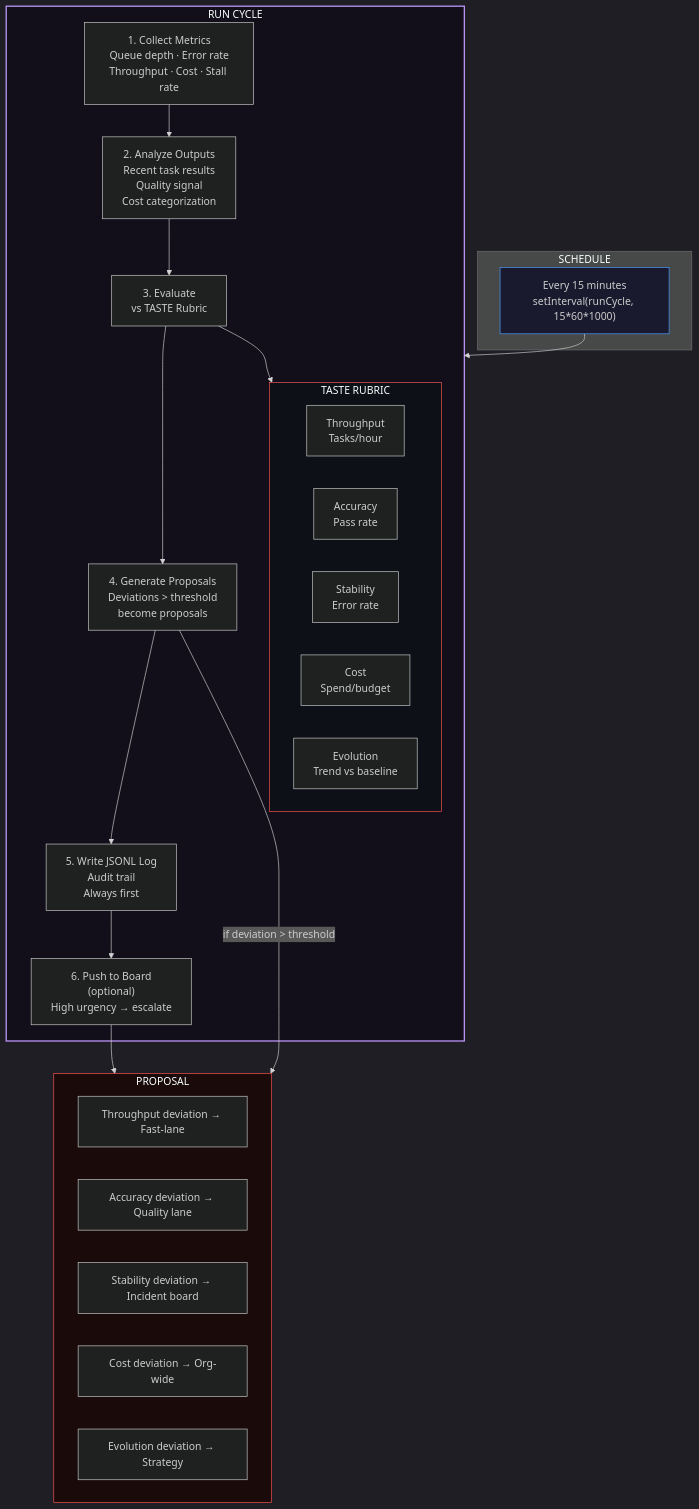
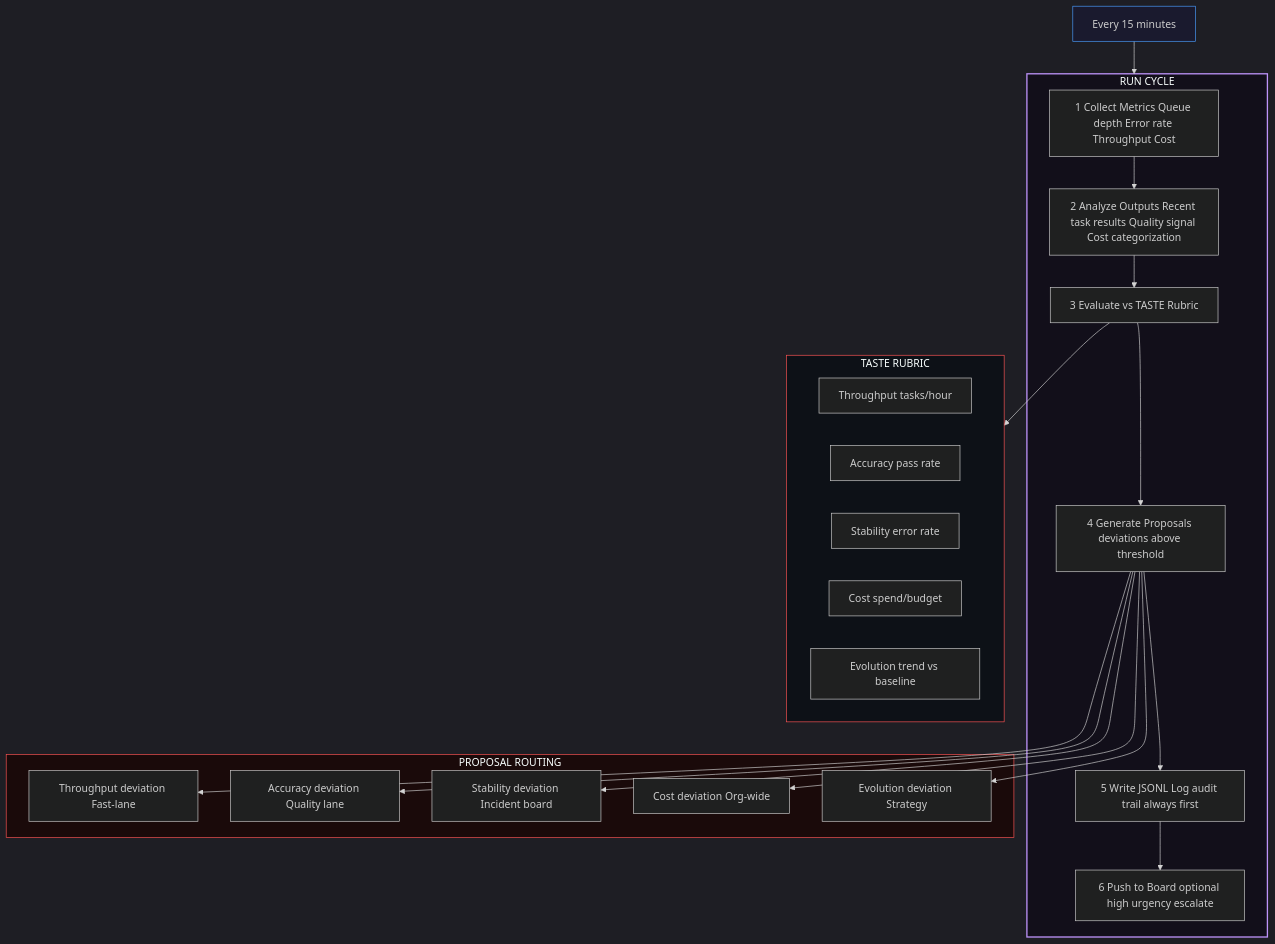
One commit to mmartoccia/ghost-orchestration-pattern changed the diagram in diagrams/CRON_ORCHESTRATOR.mmd. Above: the diagram before and after it, drawn with Mermaid. The commit also changed 5 other files, not shown here.

First line of the commit message:
Simplify all diagrams to basic Mermaid syntax for maximum compatibility

````diff
--- a/diagrams/CRON_ORCHESTRATOR.mmd
+++ b/diagrams/CRON_ORCHESTRATOR.mmd
@@ -1,51 +1,45 @@
 ```mermaid
 %%{init: {"theme": "dark"}}%%
 flowchart TB
-    subgraph SCHEDULE["SCHEDULE"]
-        EVERY15["Every 15 minutes\nsetInterval(runCycle, 15*60*1000)"]
+    E15["Every 15 minutes"]
+
+    subgraph CYCLE["RUN CYCLE"]
+        M1["1 Collect Metrics Queue depth Error rate Throughput Cost"]
+        M2["2 Analyze Outputs Recent task results Quality signal Cost categorization"]
+        M3["3 Evaluate vs TASTE Rubric"]
+        M4["4 Generate Proposals deviations above threshold"]
+        M5["5 Write JSONL Log audit trail always first"]
+        M6["6 Push to Board optional high urgency escalate"]
+        M1 --> M2 --> M3 --> M4 --> M5 --> M6
     end
 
-    subgraph CYCLE["RUN CYCLE"]
-        M1["1. Collect Metrics\nQueue depth · Error rate\nThroughput · Cost · Stall rate"]
-        
-        M2["2. Analyze Outputs\nRecent task results\nQuality signal\nCost categorization"]
-        
-        M3["3. Evaluate\nvs TASTE Rubric"]
-        
-        subgraph TASTE["TASTE RUBRIC"]
-            T["Throughput\nTasks/hour"]
-            A["Accuracy\nPass rate"]
-            S["Stability\nError rate"]
-            C["Cost\nSpend/budget"]
-            E["Evolution\nTrend vs baseline"]
-            T & A & S & C & E
-        end
-        
-        M3 --> TASTE
-        
-        M4["4. Generate Proposals\nDeviations > threshold\nbecome proposals"]
-        
-        M5["5. Write JSONL Log\nAudit trail\nAlways first"]
-        
-        M6["6. Push to Board\n(optional)\nHigh urgency → escalate"]
+    E15 --> CYCLE
+
+    subgraph TASTE["TASTE RUBRIC"]
+        T["Throughput tasks/hour"]
+        A["Accuracy pass rate"]
+        S["Stability error rate"]
+        C["Cost spend/budget"]
+        E["Evolution trend vs baseline"]
+        T & A & S & C & E
     end
+    M3 --> TASTE
 
-    EVERY15 --> CYCLE
-    M1 --> M2 --> M3 --> M4 --> M5 --> M6
+    subgraph PROPOSAL["PROPOSAL ROUTING"]
+        P1["Throughput deviation Fast-lane"]
+        P2["Accuracy deviation Quality lane"]
+        P3["Stability deviation Incident board"]
+        P4["Cost deviation Org-wide"]
+        P5["Evolution deviation Strategy"]
+    end
+    M4 --> P1
+    M4 --> P2
+    M4 --> P3
+    M4 --> P4
+    M4 --> P5
 
-    M4 -->|"if deviation > threshold"| PROPOSAL
-    subgraph PROPOSAL["PROPOSAL"]
-        P1["Throughput deviation → Fast-lane"]
-        P2["Accuracy deviation → Quality lane"]
-        P3["Stability deviation → Incident board"]
-        P4["Cost deviation → Org-wide"]
-        P5["Evolution deviation → Strategy"]
-    end
-
-    M6 --> PROPOSAL
-
-    style EVERY15 fill:#1a1a2e,stroke:#4a9eff,stroke-width:1px
+    style E15 fill:#1a1a2e,stroke:#4a9eff,stroke-width:1px
     style CYCLE fill:#120f1a,stroke:#bd93f9,stroke-width:2px
     style TASTE fill:#0d1117,stroke:#ff5555,stroke-width:1px
     style PROPOSAL fill:#1a0a0a,stroke:#ff5555,stroke-width:1px
 ```
````
